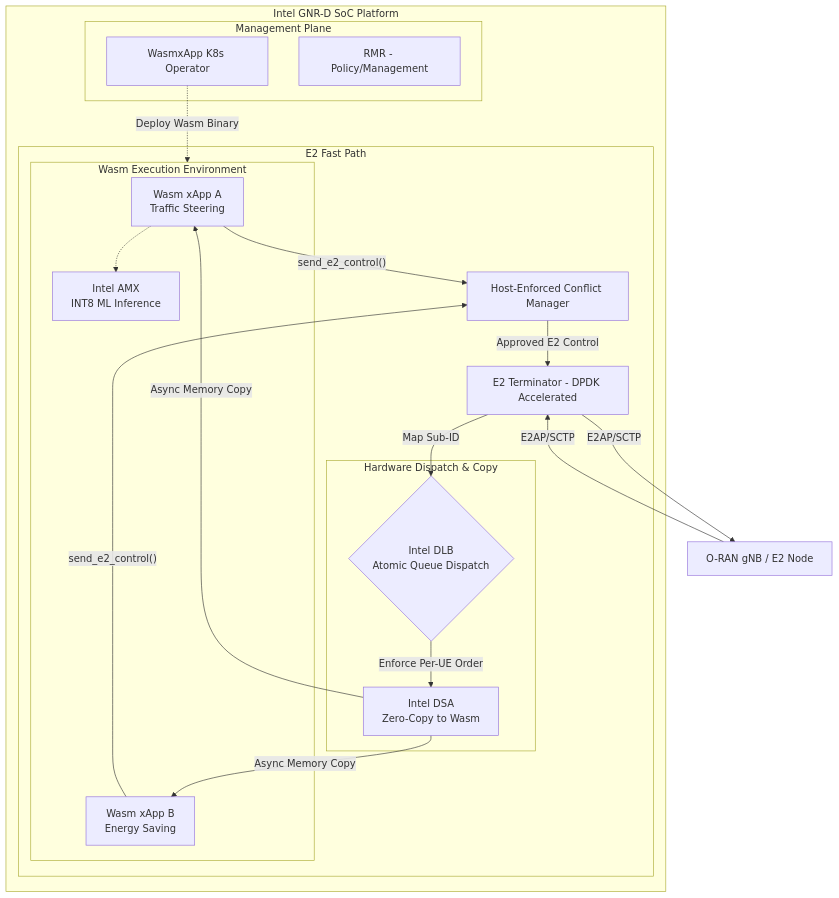
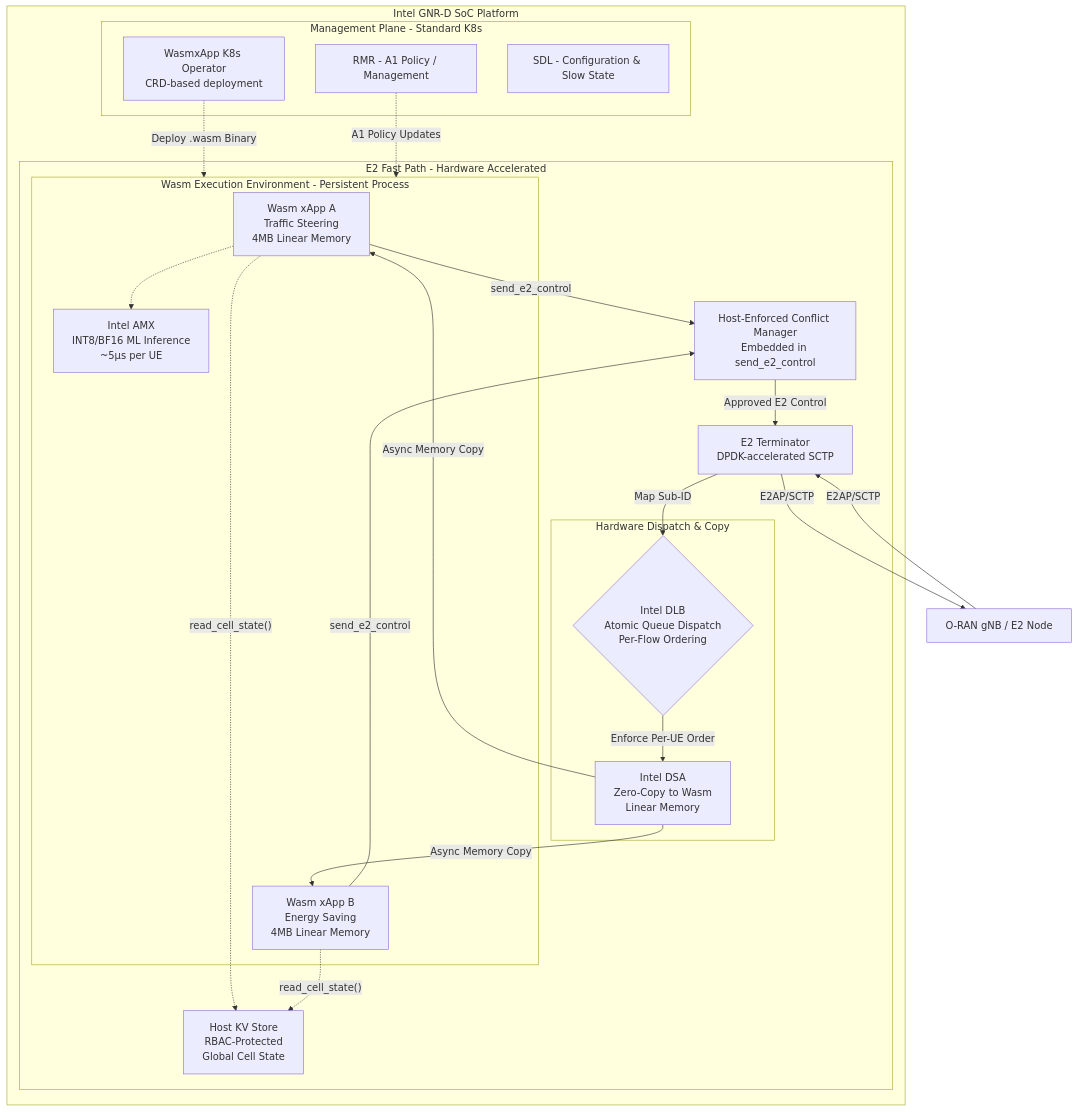
The diagram in Research1/HLD/XAPP/3_overall_architecture.md (Zorozephyr/Network5G), drawn with Mermaid before and after one commit. The commit also changed other lines of this file and 5 other files, not shown here.

Commit message:
Added variant architectures3

````diff
--- a/Research1/HLD/XAPP/3_overall_architecture.md
+++ b/Research1/HLD/XAPP/3_overall_architecture.md
@@ -10,46 +13,51 @@
 ```mermaid
 flowchart TD
     subgraph GNR-D_SoC [Intel GNR-D SoC Platform]
         
-        subgraph Control_Plane [Management Plane]
-            K8s_Operator[WasmxApp K8s Operator]
-            RMR_Mgmt[RMR - Policy/Management]
+        subgraph Control_Plane [Management Plane - Standard K8s]
+            K8s_Operator[WasmxApp K8s Operator<br/>CRD-based deployment]
+            RMR_Mgmt[RMR - A1 Policy / Management]
+            SDL[SDL - Configuration & Slow State]
         end
 
-        subgraph Data_Plane [E2 Fast Path]
-            E2T[E2 Terminator - DPDK Accelerated]
+        subgraph Data_Plane [E2 Fast Path - Hardware Accelerated]
+            E2T[E2 Terminator<br/>DPDK-accelerated SCTP]
             
             subgraph Accelerators [Hardware Dispatch & Copy]
-                DLB{Intel DLB\nAtomic Queue Dispatch}
-                DSA[Intel DSA\nZero-Copy to Wasm]
+                DLB{Intel DLB<br/>Atomic Queue Dispatch<br/>Per-Flow Ordering}
+                DSA[Intel DSA<br/>Zero-Copy to Wasm<br/>Linear Memory]
             end
             
-            subgraph Wasm_Layer [Wasm Execution Environment]
-                W1[Wasm xApp A\nTraffic Steering]
-                W2[Wasm xApp B\nEnergy Saving]
-                AMX[Intel AMX\nINT8 ML Inference]
+            subgraph Wasm_Layer [Wasm Execution Environment - Persistent Process]
+                W1[Wasm xApp A<br/>Traffic Steering<br/>4MB Linear Memory]
+                W2[Wasm xApp B<br/>Energy Saving<br/>4MB Linear Memory]
+                AMX[Intel AMX<br/>INT8/BF16 ML Inference<br/>~5µs per UE]
             end
             
-            ConflictMgr[Host-Enforced Conflict Manager]
+            ConflictMgr[Host-Enforced Conflict Manager<br/>Embedded in send_e2_control]
+            KV[Host KV Store<br/>RBAC-Protected<br/>Global Cell State]
         end
         
     end
     
     gNB[O-RAN gNB / E2 Node]
 
     %% Data Flow
     gNB -- E2AP/SCTP --> E2T
     E2T -- Map Sub-ID --> DLB
     DLB -- Enforce Per-UE Order --> DSA
     DSA -- Async Memory Copy --> W1
     DSA -- Async Memory Copy --> W2
     
-    W1 -- send_e2_control() --> ConflictMgr
-    W2 -- send_e2_control() --> ConflictMgr
+    W1 -- send_e2_control --> ConflictMgr
+    W2 -- send_e2_control --> ConflictMgr
     ConflictMgr -- Approved E2 Control --> E2T
     E2T -- E2AP/SCTP --> gNB
     
     W1 -.-> AMX
+    W1 -. "read_cell_state()" .-> KV
+    W2 -. "read_cell_state()" .-> KV
     
-    K8s_Operator -. "Deploy Wasm Binary" .-> Wasm_Layer
+    K8s_Operator -. "Deploy .wasm Binary" .-> Wasm_Layer
+    RMR_Mgmt -. "A1 Policy Updates" .-> Wasm_Layer
 ```
````
